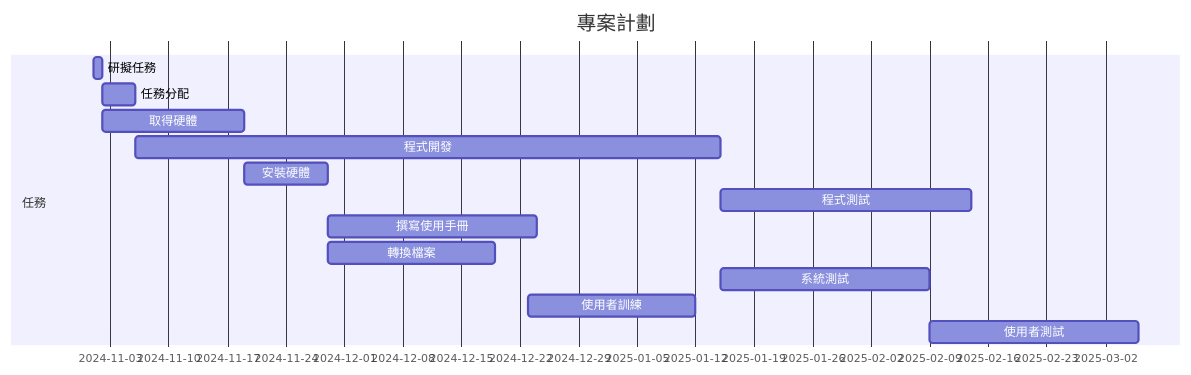
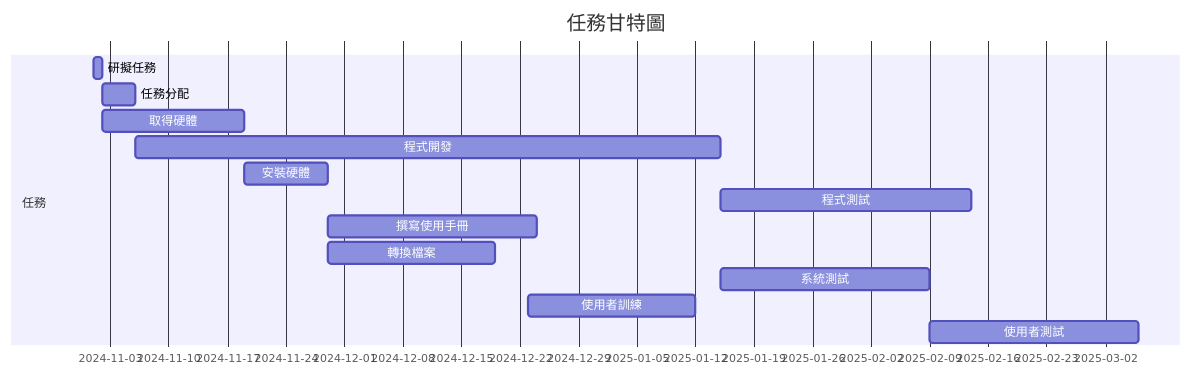
Before and after one commit to Magnifier030/113-1B: the second of 3 diagrams in hw2.md, drawn with Mermaid.

````diff
--- a/hw2.md
+++ b/hw2.md
@@ -38,17 +38,17 @@
 ``` mermaid
 gantt
-    title 專案計劃
+    title 任務甘特圖
     dateFormat  YYYY-MM-DD
     section 任務
     研擬任務          :         des1, 2024-11-01, 1d
     任務分配          :         des2, 2024-11-02, 4d
     取得硬體          :         des3, 2024-11-02, 17d
     程式開發          :         des4, 2024-11-06, 70d
     安裝硬體          :         des5, 2024-11-19, 10d
     程式測試          :         des6, 2025-01-15, 30d
     撰寫使用手冊      :         des7, 2024-11-29, 25d
     轉換檔案          :         des8, 2024-11-29, 20d
     系統測試          :         des9, 2025-01-15, 25d
     使用者訓練        :         des10, 2024-12-23, 20d
     使用者測試        :         des11, 2025-02-09, 25d
 ```
````
